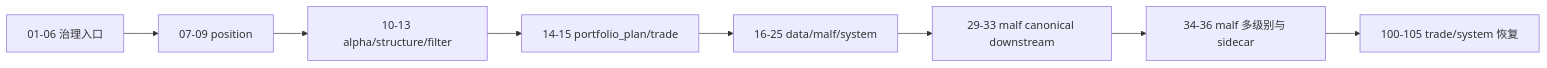
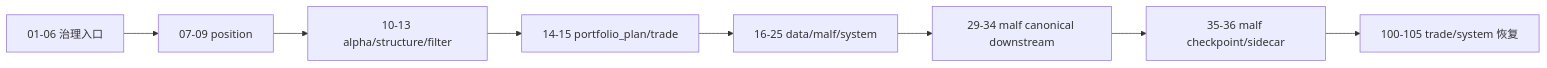
One commit to everything-is-simple/lifespan-0.01 changed the diagram in docs/03-execution/B-card-catalog-20260409.md. Above: the diagram before and after it, drawn with Mermaid. The commit also changed other lines of this file and 19 other files, not shown here.

````diff
--- a/docs/03-execution/B-card-catalog-20260409.md
+++ b/docs/03-execution/B-card-catalog-20260409.md
@@ -66,10 +66,10 @@
 ```mermaid
 flowchart LR
     G01["01-06 治理入口"] --> P07["07-09 position"]
     P07 --> A10["10-13 alpha/structure/filter"]
     A10 --> T14["14-15 portfolio_plan/trade"]
     T14 --> D16["16-25 data/malf/system"]
-    D16 --> M29["29-33 malf canonical downstream"]
-    M29 --> M34["34-36 malf 多级别与 sidecar"]
-    M34 --> POST["100-105 trade/system 恢复"]
+    D16 --> M29["29-34 malf canonical downstream"]
+    M29 --> M35["35-36 malf checkpoint/sidecar"]
+    M35 --> POST["100-105 trade/system 恢复"]
 ```
````
